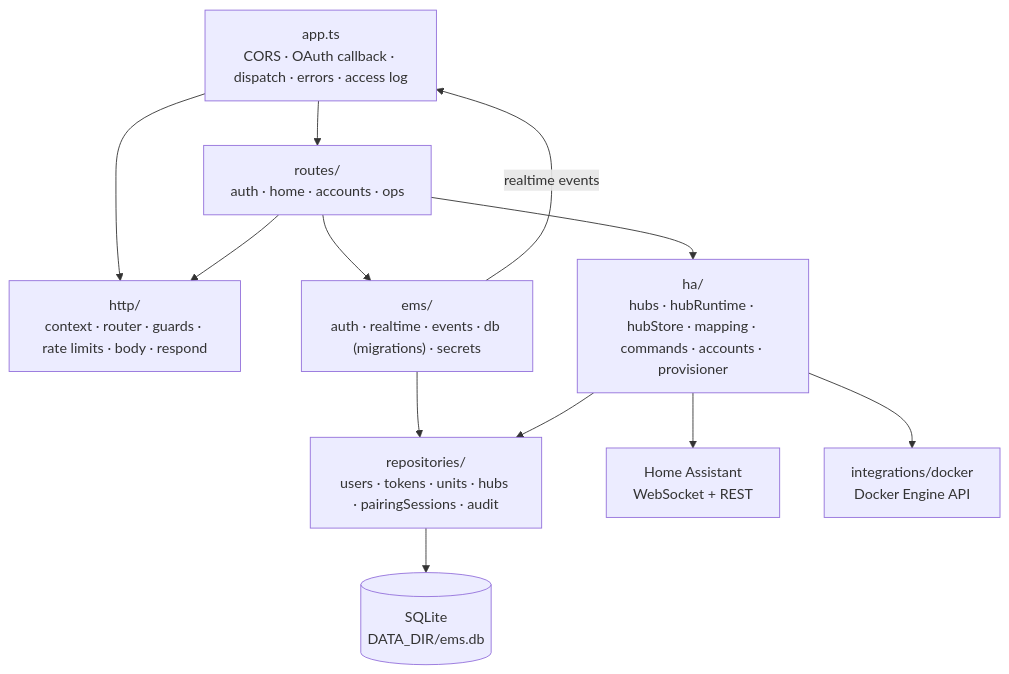
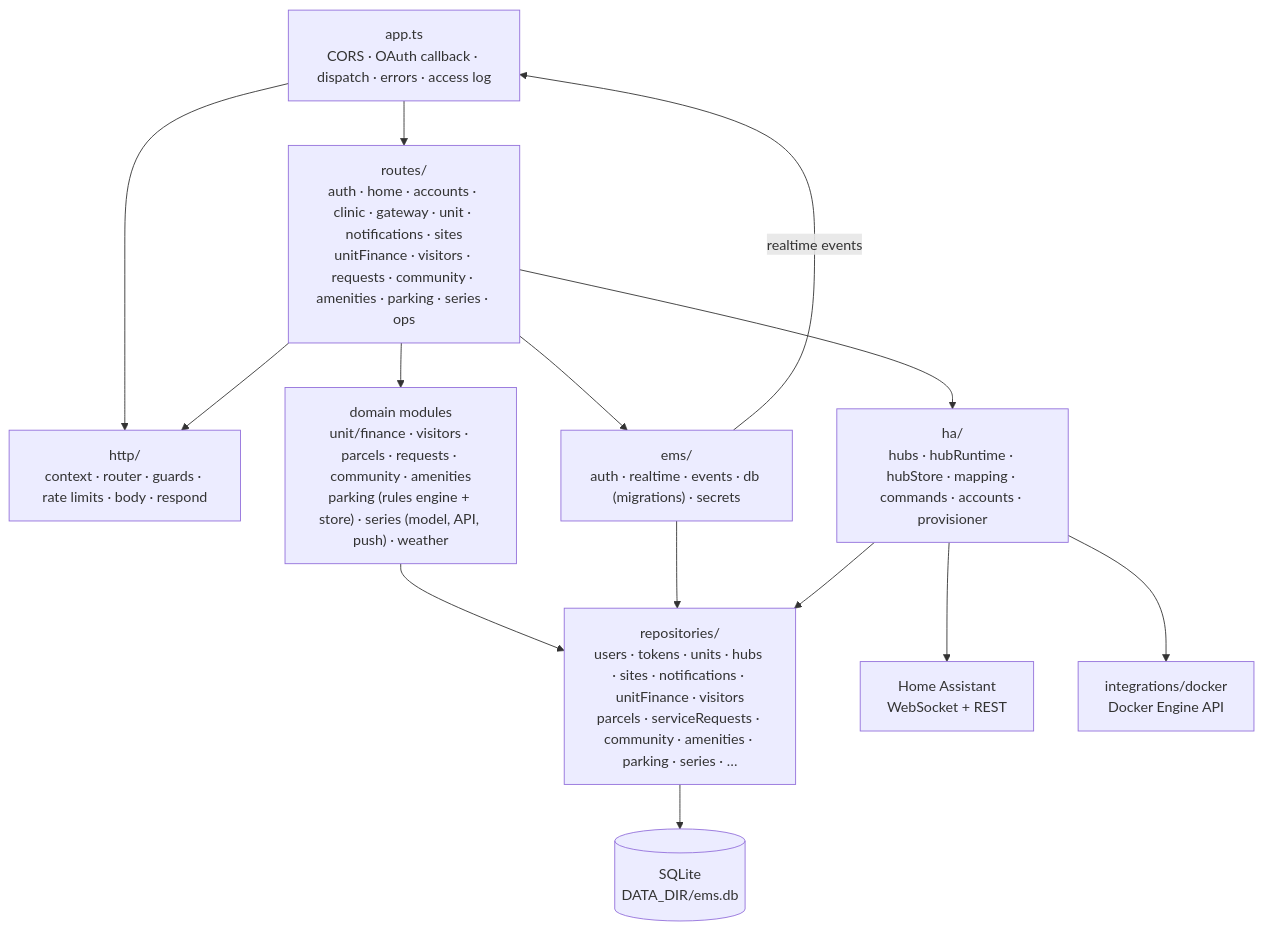
The third of 6 diagrams in docs/ARCHITECTURE.md (hmahmoud2211/Park-Lane_Mobile_app), drawn with Mermaid before and after one commit. The commit also changed other lines of this file and 227 other files, not shown here.

````diff
--- a/docs/ARCHITECTURE.md
+++ b/docs/ARCHITECTURE.md
@@ -94,22 +94,24 @@
 ```mermaid
 flowchart TB
   server["app.ts<br/>CORS · OAuth callback · dispatch · errors · access log"]
   http["http/<br/>context · router · guards · rate limits · body · respond"]
-  routes["routes/<br/>auth · home · accounts · ops"]
+  routes["routes/<br/>auth · home · accounts · clinic · gateway · unit · notifications · sites<br/>unitFinance · visitors · requests · community · amenities · parking · series · ops"]
+  domain["domain modules<br/>unit/finance · visitors · parcels · requests · community · amenities<br/>parking (rules engine + store) · series (model, API, push) · weather"]
   ems["ems/<br/>auth · realtime · events · db (migrations) · secrets"]
   ha["ha/<br/>hubs · hubRuntime · hubStore · mapping · commands · accounts · provisioner"]
-  repos["repositories/<br/>users · tokens · units · hubs · pairingSessions · audit"]
+  repos["repositories/<br/>users · tokens · units · hubs · sites · notifications · unitFinance · visitors<br/>parcels · serviceRequests · community · amenities · parking · series · …"]
   sqlite[("SQLite<br/>DATA_DIR/ems.db")]
   haApi["Home Assistant<br/>WebSocket + REST"]
   docker["integrations/docker<br/>Docker Engine API"]
 
   server --> http
   server --> routes --> ems
+  routes --> domain --> repos
   routes --> ha
   routes --> http
   ems --> repos --> sqlite
   ha --> repos
   ha --> haApi
   ha --> docker
   ems -- "realtime events" --> server
 ```
````
